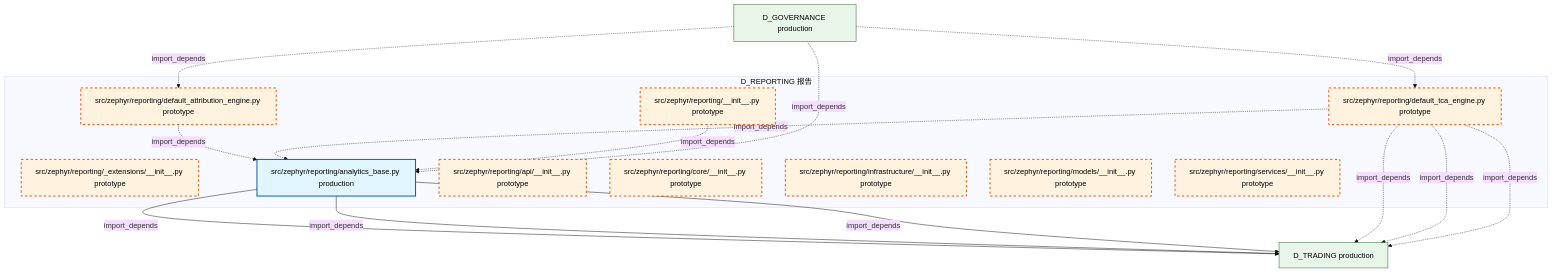
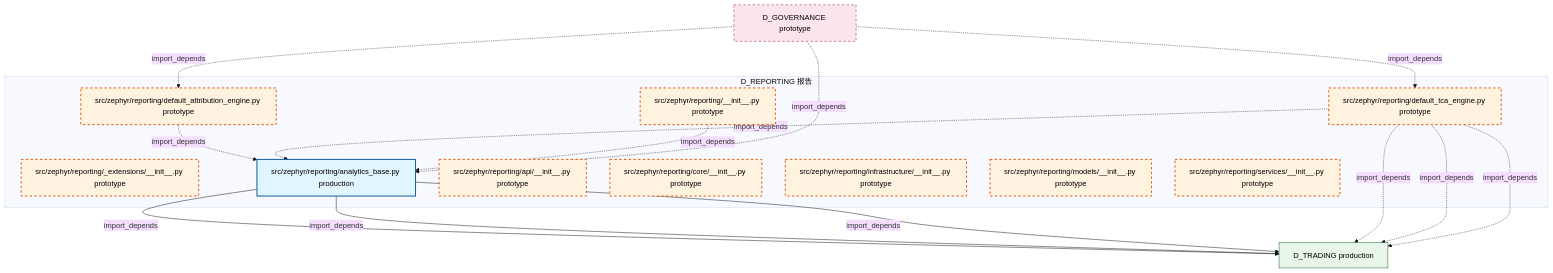
Before and after one commit to xuanFelixVan/ZephyrAlpha: the diagram in docs/02_enterprise_architecture/02_domain_architecture_docs/16_d_reporting.md, drawn with Mermaid (base theme). The commit also changed other lines of this file and 99 other files, not shown here.

````diff
--- a/docs/02_enterprise_architecture/02_domain_architecture_docs/16_d_reporting.md
+++ b/docs/02_enterprise_architecture/02_domain_architecture_docs/16_d_reporting.md
@@ -47,36 +47,37 @@
 ```mermaid
 graph TD
     subgraph D_REPORTING["D_REPORTING 报告"]
         src_zephyr_reporting_init_py["src/zephyr/reporting/__init__.py prototype"]
         src_zephyr_reporting_extensions_init_py["src/zephyr/reporting/_extensions/__init__.py prototype"]
         src_zephyr_reporting_analytics_base_py["src/zephyr/reporting/analytics_base.py production"]
         src_zephyr_reporting_api_init_py["src/zephyr/reporting/api/__init__.py prototype"]
         src_zephyr_reporting_core_init_py["src/zephyr/reporting/core/__init__.py prototype"]
         src_zephyr_reporting_default_attribution_engine_py["src/zephyr/reporting/default_attribution_engine.py prototype"]
         src_zephyr_reporting_default_tca_engine_py["src/zephyr/reporting/default_tca_engine.py prototype"]
         src_zephyr_reporting_infrastructure_init_py["src/zephyr/reporting/infrastructure/__init__.py prototype"]
         src_zephyr_reporting_models_init_py["src/zephyr/reporting/models/__init__.py prototype"]
         src_zephyr_reporting_services_init_py["src/zephyr/reporting/services/__init__.py prototype"]
     end
     src_zephyr_reporting_default_attribution_engine_py -.->|import_depends| src_zephyr_reporting_analytics_base_py
     src_zephyr_reporting_default_tca_engine_py -.->|import_depends| src_zephyr_reporting_analytics_base_py
     src_zephyr_reporting_init_py -.->|import_depends| src_zephyr_reporting_analytics_base_py
     D_TRADING["D_TRADING production"]
     src_zephyr_reporting_analytics_base_py -->|import_depends| D_TRADING
     src_zephyr_reporting_analytics_base_py -->|import_depends| D_TRADING
     src_zephyr_reporting_analytics_base_py -->|import_depends| D_TRADING
     src_zephyr_reporting_default_tca_engine_py -.->|import_depends| D_TRADING
     src_zephyr_reporting_default_tca_engine_py -.->|import_depends| D_TRADING
     src_zephyr_reporting_default_tca_engine_py -.->|import_depends| D_TRADING
-    D_GOVERNANCE["D_GOVERNANCE production"]
+    D_GOVERNANCE["D_GOVERNANCE prototype"]
+    D_GOVERNANCE -.->|import_depends| src_zephyr_reporting_default_attribution_engine_py
     D_GOVERNANCE -.->|import_depends| src_zephyr_reporting_default_tca_engine_py
-    D_GOVERNANCE -.->|import_depends| src_zephyr_reporting_default_attribution_engine_py
     D_GOVERNANCE -.->|import_depends| src_zephyr_reporting_analytics_base_py
     classDef production fill:#e1f5fe,stroke:#01579b,stroke-width:2px,color:#000
     classDef design fill:#fff3e0,stroke:#e65100,stroke-width:2px,color:#000,stroke-dasharray: 5 5
     classDef external_prod fill:#e8f5e9,stroke:#1b5e20,stroke-width:1px,color:#000
     classDef external_design fill:#fce4ec,stroke:#880e4f,stroke-width:1px,color:#000,stroke-dasharray: 5 5
     class src_zephyr_reporting_analytics_base_py production
     class src_zephyr_reporting_init_py,src_zephyr_reporting_extensions_init_py,src_zephyr_reporting_api_init_py,src_zephyr_reporting_core_init_py,src_zephyr_reporting_default_attribution_engine_py,src_zephyr_reporting_default_tca_engine_py,src_zephyr_reporting_infrastructure_init_py,src_zephyr_reporting_models_init_py,src_zephyr_reporting_services_init_py design
-    class D_TRADING,D_GOVERNANCE external_prod
+    class D_TRADING external_prod
+    class D_GOVERNANCE external_design
 ```
````
